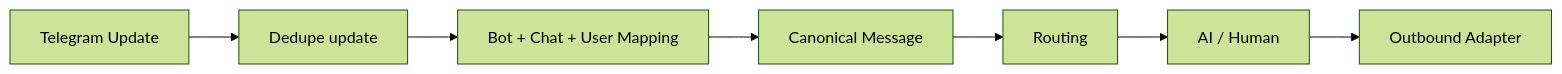
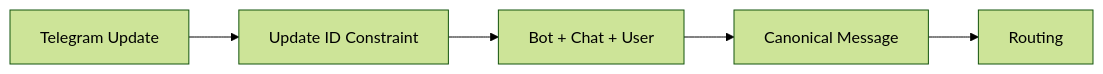
One commit to D-engahmed/OMILINKS changed the first of 2 diagrams in docs/integrations/telegram.md. Above: the diagram before and after it, drawn with Mermaid (forest theme). The commit also changed other lines of this file and 3 other files, not shown here.

```diff
--- a/docs/integrations/telegram.md
+++ b/docs/integrations/telegram.md
@@ -37,9 +27,7 @@
 ~~~mermaid
 flowchart LR
-UPDATE[Telegram Update] --> DEDUPE[Dedupe update]
-DEDUPE --> IDENTITY[Bot + Chat + User Mapping]
+UPDATE[Telegram Update] --> DEDUPE[Update ID Constraint]
+DEDUPE --> IDENTITY[Bot + Chat + User]
 IDENTITY --> MESSAGE[Canonical Message]
 MESSAGE --> ROUTE[Routing]
-ROUTE --> AIHUMAN[AI / Human]
-AIHUMAN --> SEND[Outbound Adapter]
 ~~~
```
